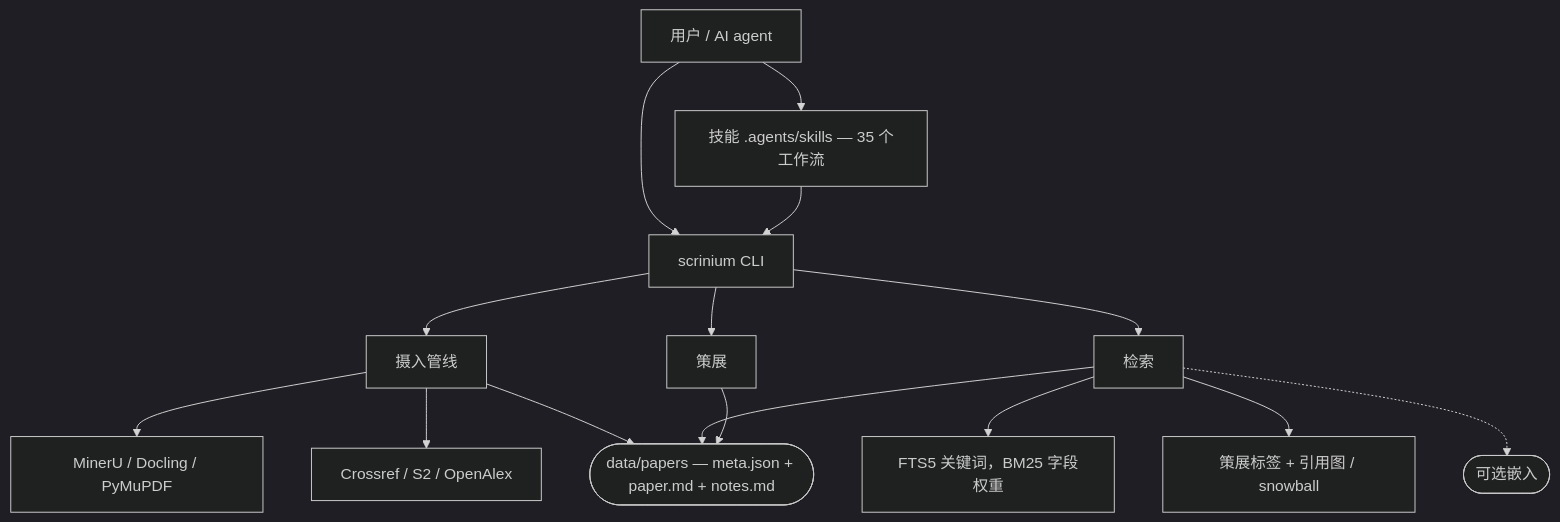
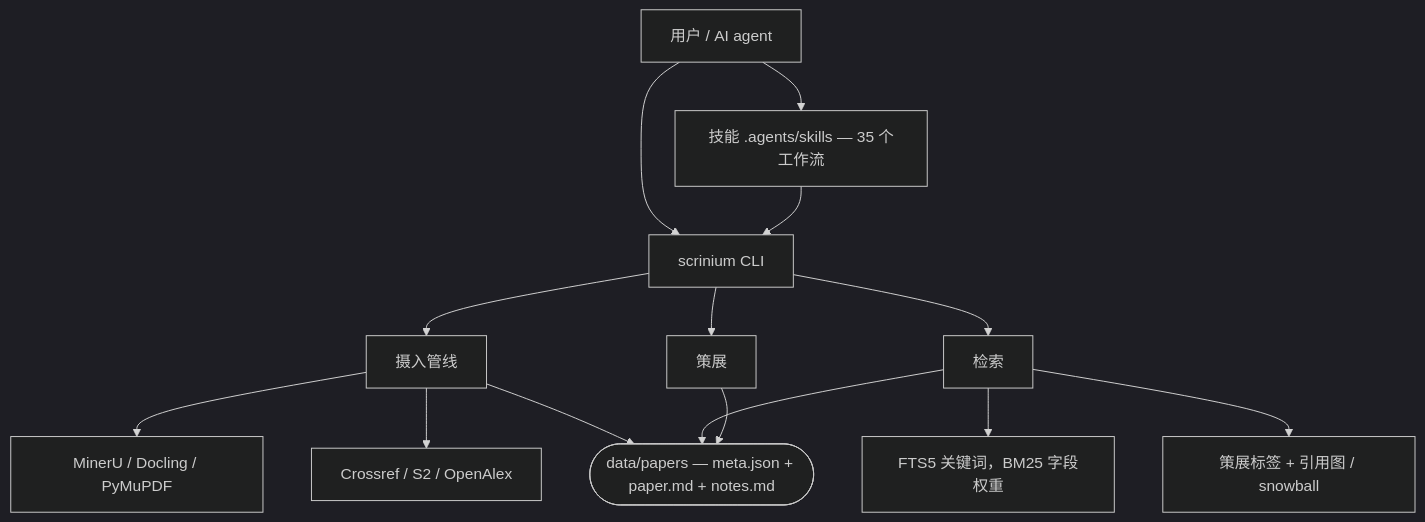
Before and after one commit to wszqkzqk/scrinium: the diagram in README_CN.md, drawn with Mermaid (dark theme). The commit also changed other lines of this file and 14 other files, not shown here.

````diff
--- a/README_CN.md
+++ b/README_CN.md
@@ -34,18 +34,17 @@
 ```mermaid
 flowchart TB
     U["用户 / AI agent"] --> S["技能 .agents/skills — 35 个工作流"]
     U --> C[scrinium CLI]
     S --> C
     C --> ING[摄入管线]
     C --> RET[检索]
     C --> CUR[策展]
     ING --> PARSERS["MinerU / Docling / PyMuPDF"]
     ING --> APIS["Crossref / S2 / OpenAlex"]
     RET --> FTS[FTS5 关键词，BM25 字段权重]
     RET --> TAGS["策展标签 + 引用图 / snowball"]
-    RET -.-> VEC(["可选嵌入"])
     DB(["data/papers — meta.json + paper.md + notes.md"])
     ING --> DB
     RET --> DB
     CUR --> DB
 ```
````
